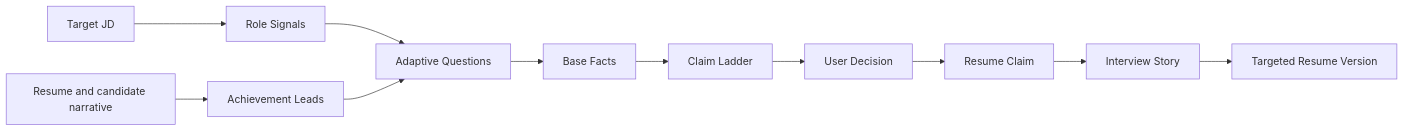
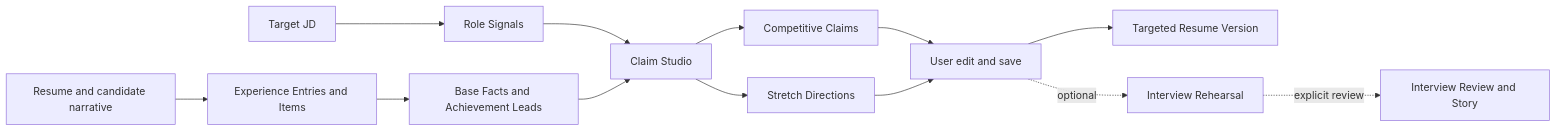
One commit to LittleNuB/ai-job-seeker changed the diagram in DESIGN.md. Above: the diagram before and after it, drawn with Mermaid. The commit also changed other lines of this file and 10 other files, not shown here.

````diff
--- a/DESIGN.md
+++ b/DESIGN.md
@@ -16,13 +16,15 @@
 ```mermaid
 flowchart LR
     A["Target JD"] --> B["Role Signals"]
-    C["Resume and candidate narrative"] --> D["Achievement Leads"]
-    B --> E["Adaptive Questions"]
-    D --> E
-    E --> F["Base Facts"]
-    F --> G["Claim Ladder"]
-    G --> H["User Decision"]
-    H --> I["Resume Claim"]
-    I --> J["Interview Story"]
-    J --> K["Targeted Resume Version"]
+    C["Resume and candidate narrative"] --> D["Experience Entries and Items"]
+    D --> E["Base Facts and Achievement Leads"]
+    B --> F["Claim Studio"]
+    E --> F
+    F --> G["Competitive Claims"]
+    F --> H["Stretch Directions"]
+    G --> I["User edit and save"]
+    H --> I
+    I --> J["Targeted Resume Version"]
+    I -. "optional" .-> K["Interview Rehearsal"]
+    K -. "explicit review" .-> L["Interview Review and Story"]
 ```
````
